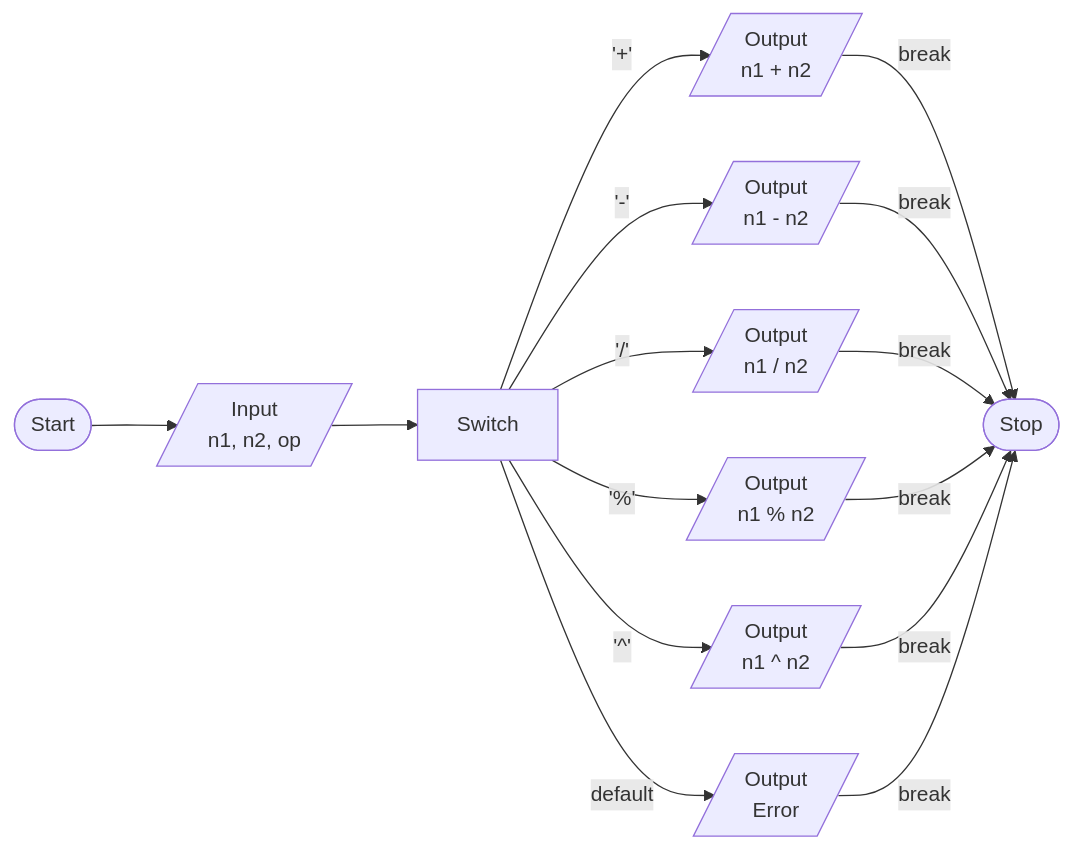
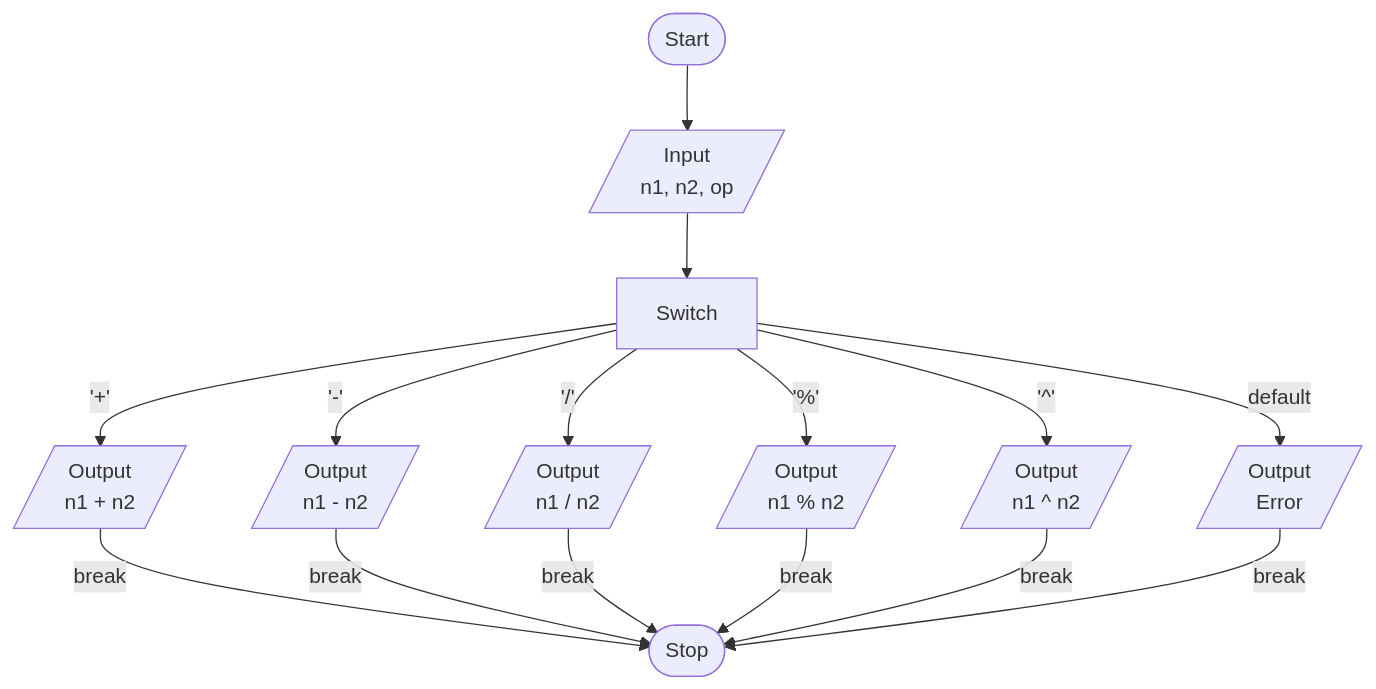
One commit to Tehgonk/Week-2 changed the diagram in Exercise 6/README.md. Above: the diagram before and after it, drawn with Mermaid. The commit also changed other lines of this file, not shown here.

````diff
--- a/Exercise 6/README.md
+++ b/Exercise 6/README.md
@@ -16,13 +14,13 @@
 ```mermaid
-flowchart LR
+flowchart TD
 
 STA([Start]) --> IN[/Input<br>n1, n2, op/]
 IN --> SWI[Switch]
 SWI -->|'+'| OUT1[/Output<br>n1 + n2/] -->|break| STO([Stop])
 SWI -->|'-'| OUT2[/Output<br>n1 - n2/] -->|break| STO
 SWI -->|'/'| OUT3[/Output<br>n1 / n2/] -->|break| STO
 SWI -->|'%'| OUT4[/Output<br>n1 % n2/] -->|break| STO
 SWI -->|'^'| OUT5[/Output<br>n1 ^ n2/] -->|break| STO
 SWI -->|default| OUT6[/Output<br>Error/] -->|break| STO
 
 ```
````
